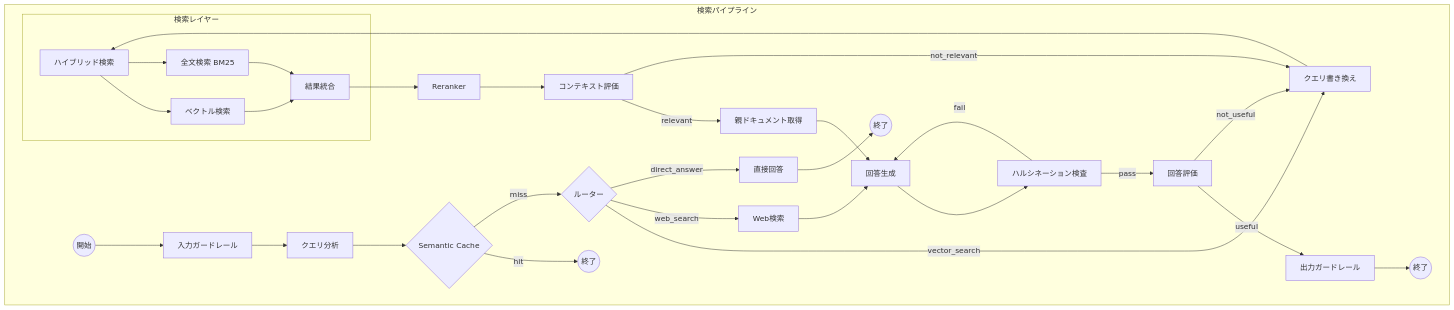
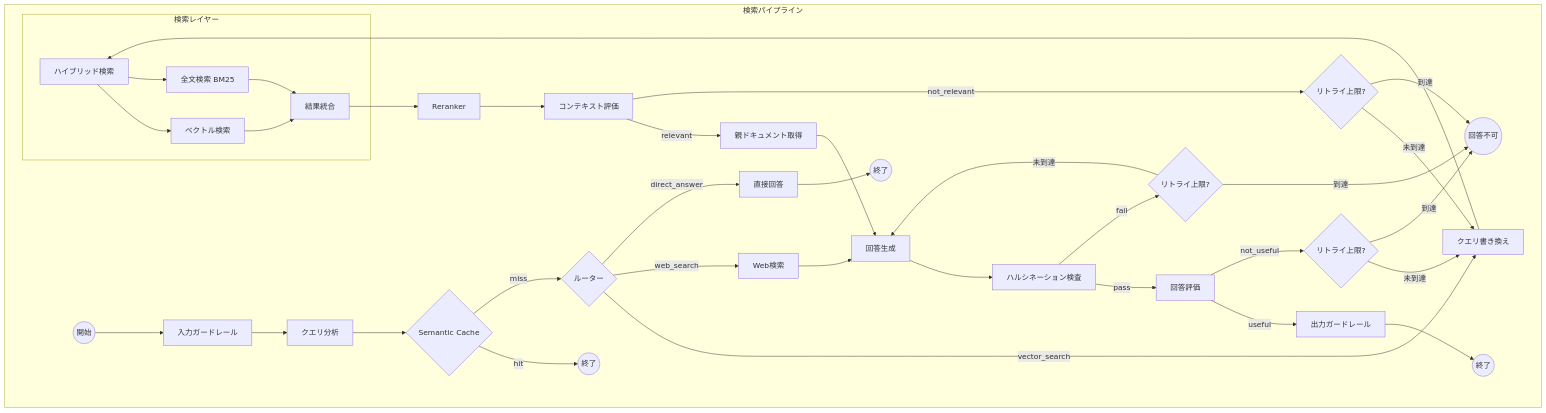
The diagram in docs/architecture/query-pipeline.md (RyoMa99/arch-rag), drawn with Mermaid before and after one commit. The commit also changed other lines of this file and 1 other file, not shown here.

````diff
--- a/docs/architecture/query-pipeline.md
+++ b/docs/architecture/query-pipeline.md
@@ -5,44 +5,50 @@
 ```mermaid
 graph TD
     subgraph QueryPipeline["検索パイプライン"]
         START((開始)) --> InputGuardrail[入力ガードレール]
         InputGuardrail --> QueryAnalyzer[クエリ分析]
         QueryAnalyzer --> SemanticCache{Semantic Cache}
 
         SemanticCache -->|hit| END0((終了))
         SemanticCache -->|miss| Router{ルーター}
 
         Router -->|vector_search| QueryRewriter[クエリ書き換え]
         Router -->|web_search| WebSearchNode[Web検索]
         Router -->|direct_answer| DirectLLM[直接回答]
 
         QueryRewriter --> HybridRetriever[ハイブリッド検索]
 
         subgraph RetrievalLayer["検索レイヤー"]
             HybridRetriever --> VectorSearch[ベクトル検索]
             HybridRetriever --> BM25Search[全文検索 BM25]
             VectorSearch --> ResultMerger[結果統合]
             BM25Search --> ResultMerger
         end
 
         ResultMerger --> Reranker[Reranker]
         Reranker --> ContextGrader[コンテキスト評価]
 
         ContextGrader -->|relevant| ParentDocRetriever[親ドキュメント取得]
-        ContextGrader -->|not_relevant| QueryRewriter
+        ContextGrader -->|not_relevant| RetryCheck1{リトライ上限?}
+        RetryCheck1 -->|未到達| QueryRewriter
+        RetryCheck1 -->|到達| Fallback((回答不可))
 
         ParentDocRetriever --> Generator[回答生成]
         WebSearchNode --> Generator
         DirectLLM --> END1((終了))
 
         Generator --> HallucinationChecker[ハルシネーション検査]
 
         HallucinationChecker -->|pass| AnswerGrader[回答評価]
-        HallucinationChecker -->|fail| Generator
+        HallucinationChecker -->|fail| RetryCheck2{リトライ上限?}
+        RetryCheck2 -->|未到達| Generator
+        RetryCheck2 -->|到達| Fallback
 
         AnswerGrader -->|useful| OutputGuardrail[出力ガードレール]
-        AnswerGrader -->|not_useful| QueryRewriter
+        AnswerGrader -->|not_useful| RetryCheck3{リトライ上限?}
+        RetryCheck3 -->|未到達| QueryRewriter
+        RetryCheck3 -->|到達| Fallback
 
         OutputGuardrail --> END2((終了))
     end
 ```
````
